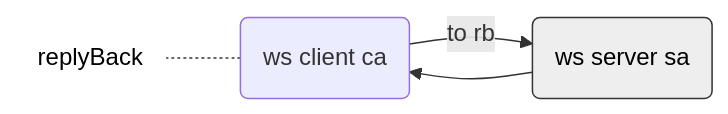
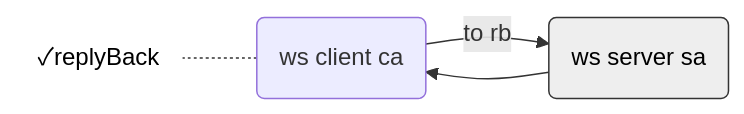
One commit to toshirot/w2w changed the first of 7 diagrams in README.md. Above: the diagram before and after it, drawn with Mermaid. The commit also changed other lines of this file, not shown here.

````diff
--- a/README.md
+++ b/README.md
@@ -100,16 +100,16 @@
 ```mermaid
 flowchart LR
 
 %%test0("at on connect: 自動で返される reply back"):::class_text
 
     %%single_type3
-        text_a2a(replyBack):::class_text_min
+        text_a2a("✓replyBack"):::class_text_min
         single_type3c(ws client ca) 
         single_type3s(ws server sa):::class_server
             text_a2a -.- single_type3c
             single_type3c --> |to rb| single_type3s --> single_type3c
 
 classDef class_server fill:#eee,color:#000,stroke:#333
 classDef class_text fill:#fff,color:#000,stroke:#fff
 classDef class_text_min fill:#fff,color:#000,stroke:#fff,margin:0
 ```
````
